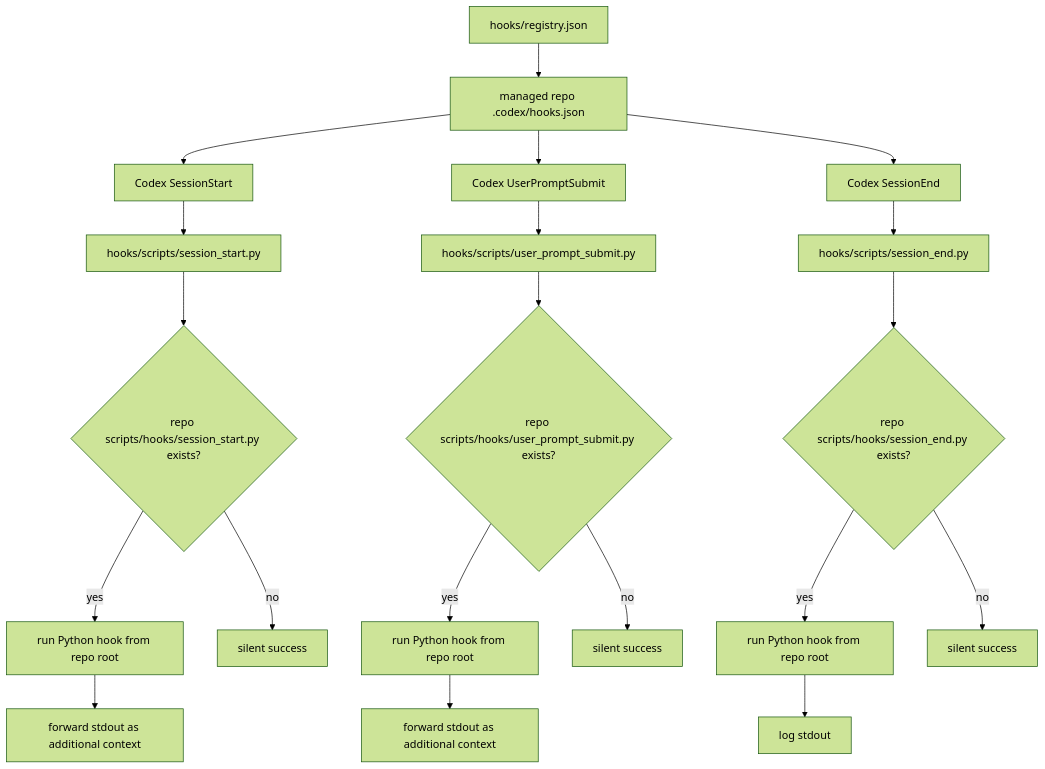
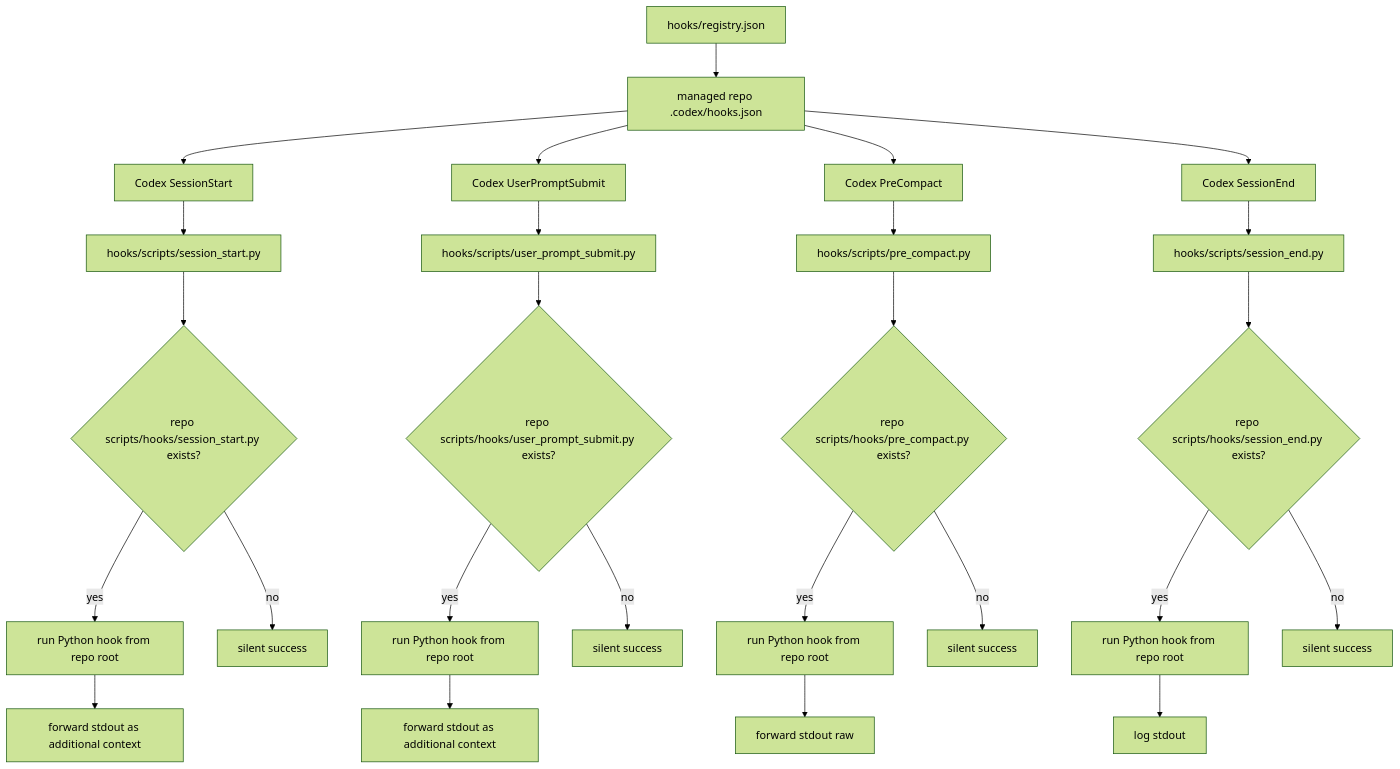
The third of 4 diagrams in docs/architecture/codex-control-plane-script-flows.md (wisdom-in-a-nutshell/.agents), drawn with Mermaid (forest theme) before and after one commit. The commit also changed 4 other files, not shown here.

````diff
--- a/docs/architecture/codex-control-plane-script-flows.md
+++ b/docs/architecture/codex-control-plane-script-flows.md
@@ -65,25 +65,31 @@
 ```mermaid
 flowchart TD
     A["hooks/registry.json"] --> B["managed repo .codex/hooks.json"]
     B --> C["Codex SessionStart"]
     C --> D["hooks/scripts/session_start.py"]
     D --> E{"repo scripts/hooks/session_start.py exists?"}
     E -->|"yes"| F["run Python hook from repo root"]
     F --> G["forward stdout as additional context"]
     E -->|"no"| H["silent success"]
 
     B --> I["Codex UserPromptSubmit"]
     I --> J["hooks/scripts/user_prompt_submit.py"]
     J --> K{"repo scripts/hooks/user_prompt_submit.py exists?"}
     K -->|"yes"| L["run Python hook from repo root"]
     L --> M["forward stdout as additional context"]
     K -->|"no"| N["silent success"]
 
+    B --> O["Codex PreCompact"]
+    O --> P["hooks/scripts/pre_compact.py"]
+    P --> Q{"repo scripts/hooks/pre_compact.py exists?"}
+    Q -->|"yes"| R["run Python hook from repo root"]
+    R --> S["forward stdout raw"]
+    Q -->|"no"| T["silent success"]
 
     B --> U["Codex SessionEnd"]
     U --> V["hooks/scripts/session_end.py"]
     V --> W{"repo scripts/hooks/session_end.py exists?"}
     W -->|"yes"| X["run Python hook from repo root"]
     X --> Y["log stdout"]
     W -->|"no"| Z["silent success"]
 ```
````
